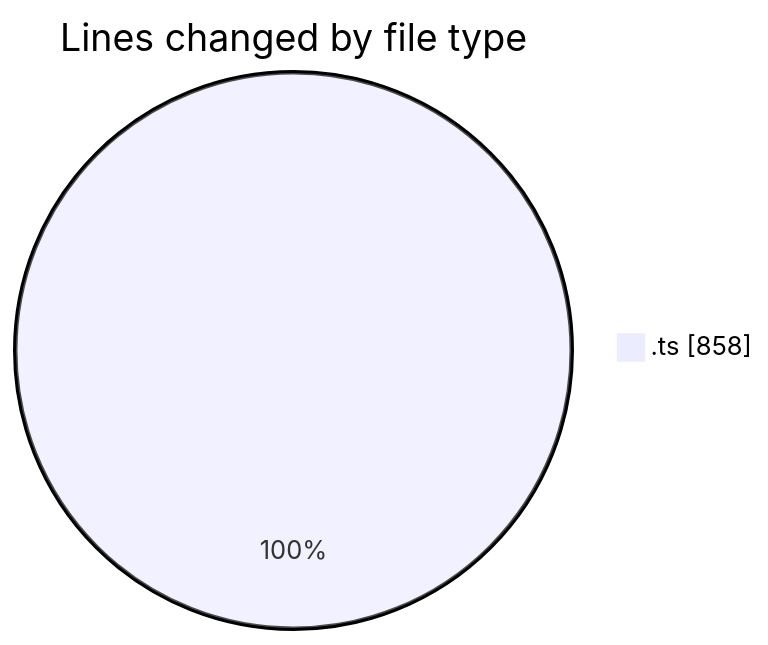
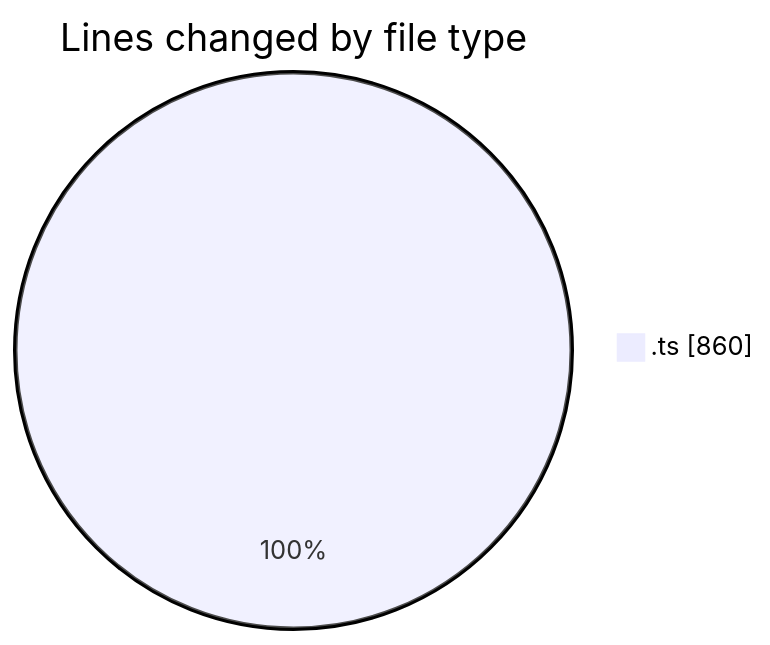
The first of 2 diagrams in 2026-02-09/singularitybrainai/README.md (tmsrecording-cyber/code-tracking), drawn with Mermaid before and after one commit. The commit also changed other lines of this file and 1 other file, not shown here.

````diff
--- a/2026-02-09/singularitybrainai/README.md
+++ b/2026-02-09/singularitybrainai/README.md
@@ -24,5 +24,5 @@
 ```mermaid
 pie showData
 title Lines changed by file type
-".ts" : 858
+".ts" : 860
 ```
````
